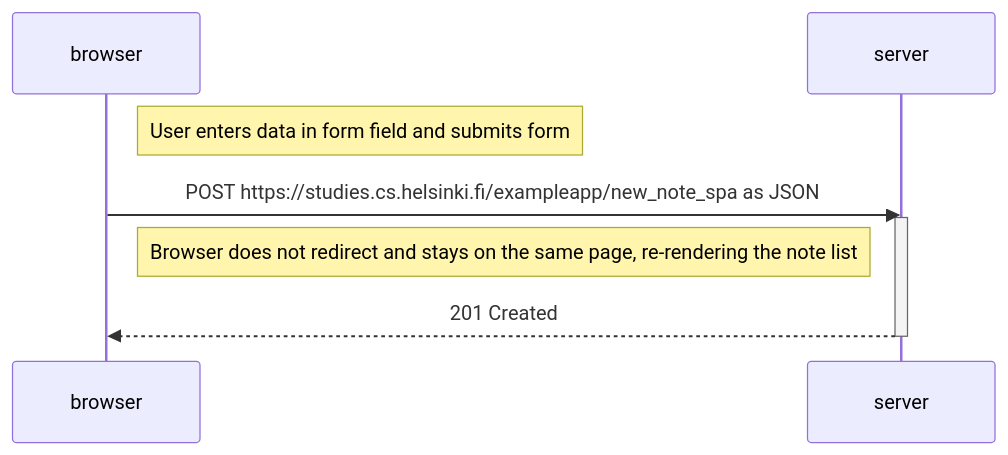
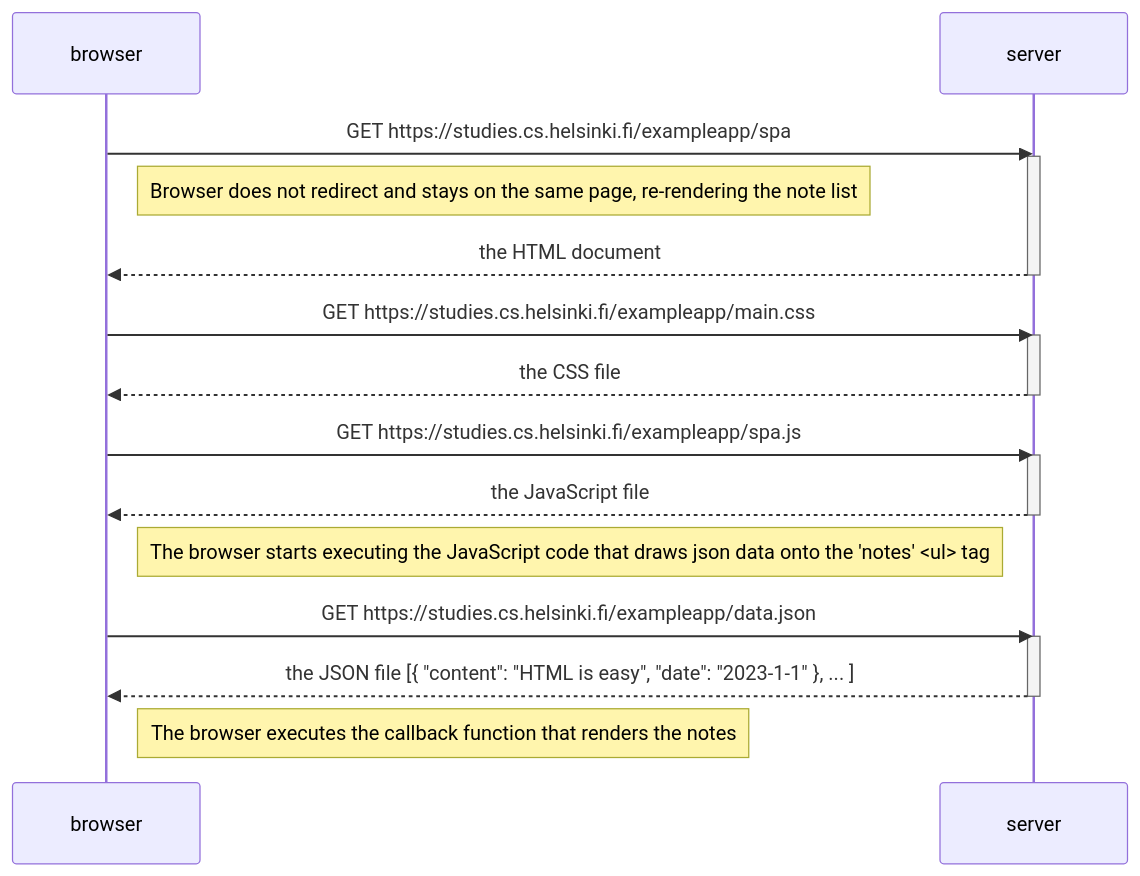
One commit to TheRealOwenRees/fullstack-open changed the diagram in part0/0.5.md. Above: the diagram before and after it, drawn with Mermaid.

````diff
--- a/part0/0.5.md
+++ b/part0/0.5.md
@@ -1,14 +1,31 @@
 ```mermaid
 sequenceDiagram
     participant browser
     participant server
     
-    Note right of browser: User enters data in form field and submits form
-    
-    browser->>server: POST https://studies.cs.helsinki.fi/exampleapp/new_note_spa as JSON
+    browser->>server: GET https://studies.cs.helsinki.fi/exampleapp/spa
     activate server
     Note right of browser: Browser does not redirect and stays on the same page, re-rendering the note list
-    server-->>browser: 201 Created
+    server-->>browser: the HTML document
     deactivate server
+       
+    browser->>server: GET https://studies.cs.helsinki.fi/exampleapp/main.css
+    activate server
+    server-->>browser: the CSS file
+    deactivate server
+    
+    browser->>server: GET https://studies.cs.helsinki.fi/exampleapp/spa.js
+    activate server
+    server-->>browser: the JavaScript file
+    deactivate server
+    
+    Note right of browser: The browser starts executing the JavaScript code that draws json data onto the 'notes' <ul> tag
+    
+    browser->>server: GET https://studies.cs.helsinki.fi/exampleapp/data.json
+    activate server
+    server-->>browser: the JSON file [{ "content": "HTML is easy", "date": "2023-1-1" }, ... ]
+    deactivate server
+    
+    Note right of browser: The browser executes the callback function that renders the notes 
    
 ```
````
